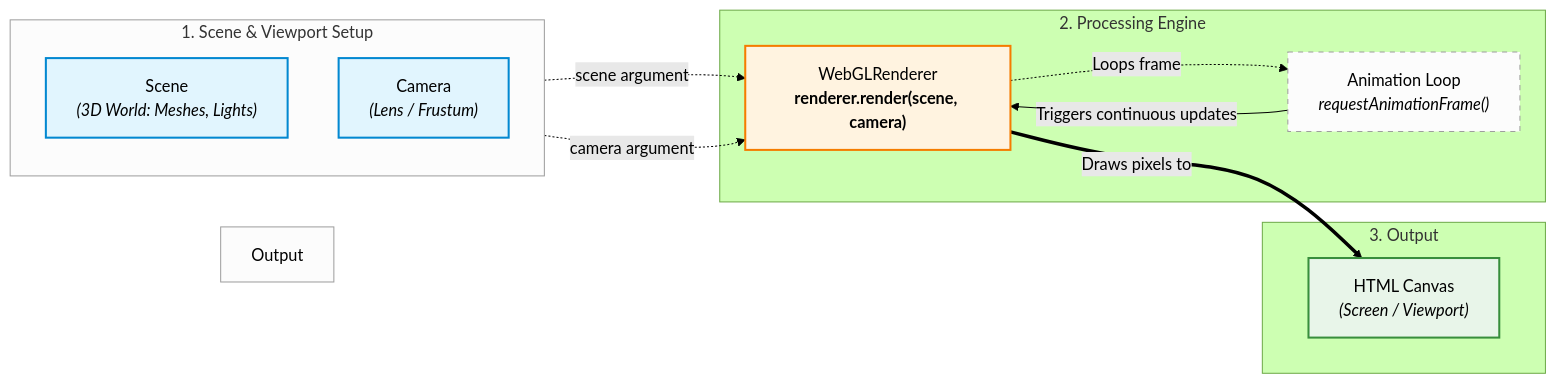
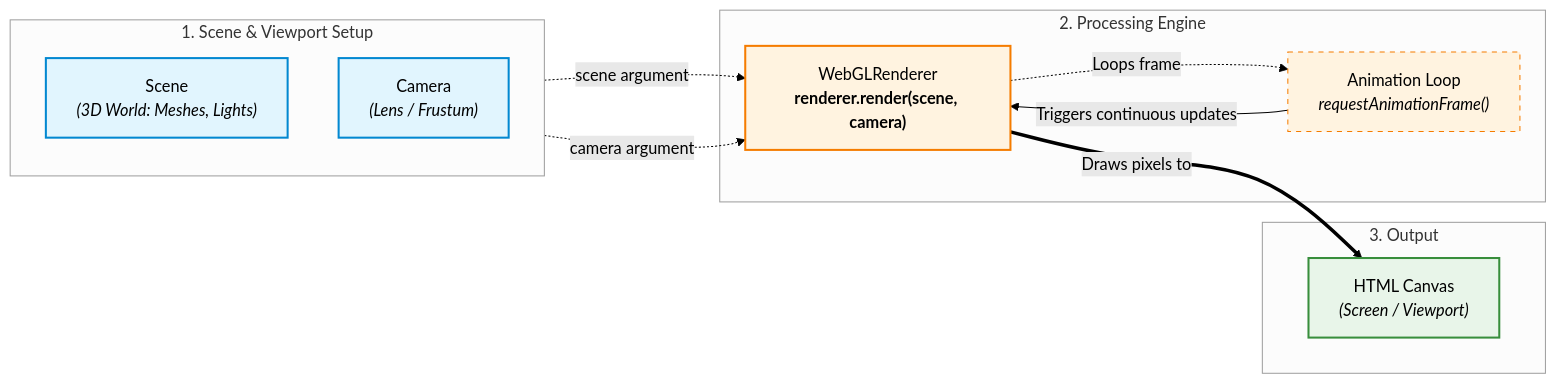
The diagram in README.md (ManuelVargas1251/three), drawn with Mermaid (forest theme) before and after one commit. The commit also changed other lines of this file and 2 other files, not shown here.

Commit message:
ui: add text feedback 🕊️🕊️🧑‍🌾

````diff
--- a/README.md
+++ b/README.md
@@ -9,39 +9,39 @@
 ```mermaid
 flowchart LR
     subgraph Setup ["1. Scene & Viewport Setup"]
         direction TB
         Scene["Scene<br/><i>(3D World: Meshes, Lights)</i>"]
         Camera["Camera<br/><i>(Lens / Frustum)</i>"]
     end
 
     subgraph Engine ["2. Processing Engine"]
         Renderer["WebGLRenderer<br/><b>renderer.render(scene, camera)</b>"]
         Loop["Animation Loop<br/><i>requestAnimationFrame()</i>"]
     end
 
     subgraph Display ["3. Output"]
         Canvas["HTML Canvas<br/><i>(Screen / Viewport)</i>"]
     end
 
     %% Passive inputs passed as parameters
     Scene -. "scene argument" .-> Renderer
     Camera -. "camera argument" .-> Renderer
 
     %% Render loop feedback
     Loop -->|"Triggers continuous updates"| Renderer
     Renderer -. "Loops frame" .-> Loop
 
     %% Primary execution output
     Renderer ==>|"Draws pixels to"| Canvas
 
     style Scene fill:#e1f5fe,stroke:#0288d1,stroke-width:2px
     style Camera fill:#e1f5fe,stroke:#0288d1,stroke-width:2px
     style Renderer fill:#fff3e0,stroke:#f57c00,stroke-width:2px
     style Loop fill:#fff3e0,stroke:#f57c00,stroke-width:1px,stroke-dasharray: 5 5
     style Canvas fill:#e8f5e9,stroke:#388e3c,stroke-width:2px
 
     %% Subgraph Styling
     style Setup fill:#fcfcfc,stroke:#9e9e9e,stroke-width:1px
-    style Loop fill:#fcfcfc,stroke:#9e9e9e,stroke-width:1px
-    style Output fill:#fcfcfc,stroke:#9e9e9e,stroke-width:1px
+    style Engine fill:#fcfcfc,stroke:#9e9e9e,stroke-width:1px
+    style Display fill:#fcfcfc,stroke:#9e9e9e,stroke-width:1px
 ```
````
